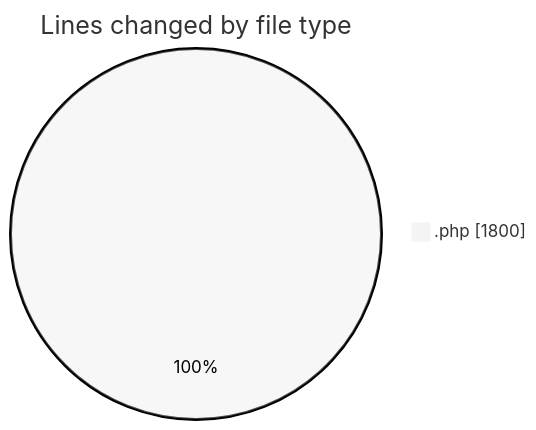
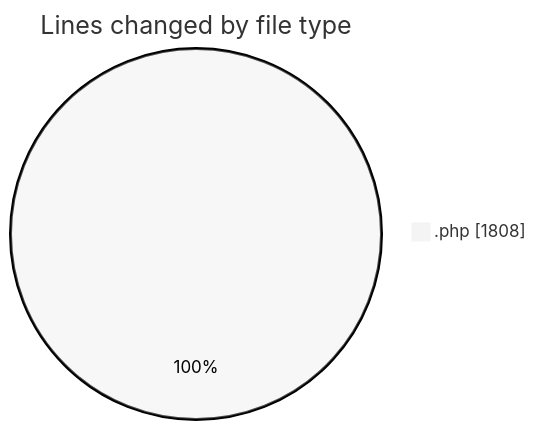
One commit to debugP/code-tracking changed the first of 2 diagrams in 2025-10-07/untitled__workspace_/README.md. Above: the diagram before and after it, drawn with Mermaid (neutral theme). The commit also changed other lines of this file and 1 other file, not shown here.

````diff
--- a/2025-10-07/untitled__workspace_/README.md
+++ b/2025-10-07/untitled__workspace_/README.md
@@ -21,5 +21,5 @@
 ```mermaid
 pie showData
 title Lines changed by file type
-".php" : 1800
+".php" : 1808
 ```
````
